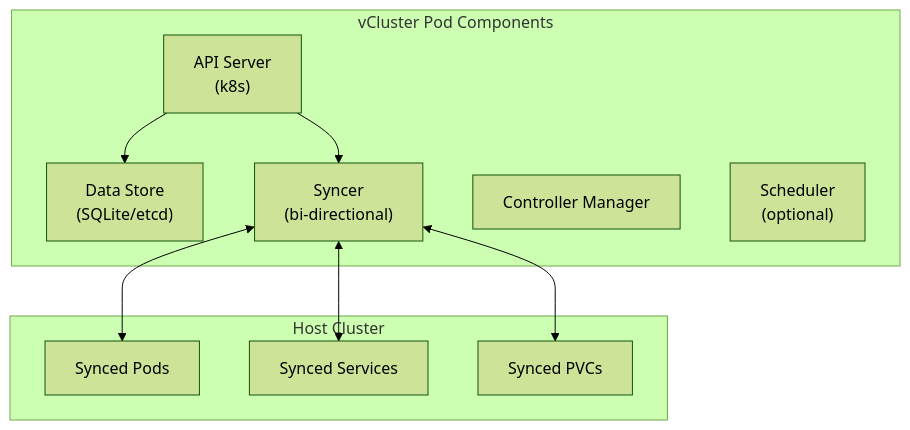
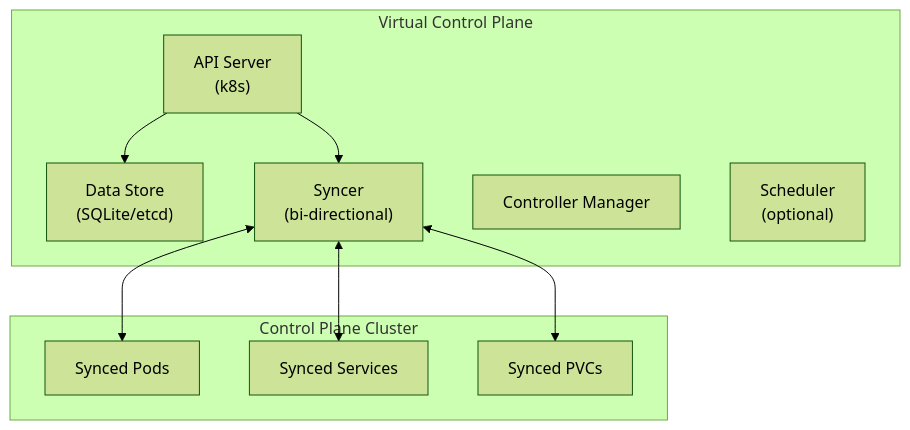
Before and after one commit to Piotr1215/youtube: the diagram in _partials/vcluster-architecture.md, drawn with Mermaid (forest theme). The commit also changed other lines of this file and 17 other files, not shown here.

````diff
--- a/_partials/vcluster-architecture.md
+++ b/_partials/vcluster-architecture.md
@@ -5,22 +5,22 @@
 ```mermaid +render
 graph TB
-    subgraph "vCluster Pod Components"
+    subgraph "Virtual Control Plane"
         API["API Server<br/>(k8s)"]
         ETCD["Data Store<br/>(SQLite/etcd)"]
         SYNC["Syncer<br/>(bi-directional)"]
         CTRL["Controller Manager"]
         SCHED["Scheduler<br/>(optional)"]
     end
 
-    subgraph "Host Cluster"
+    subgraph "Control Plane Cluster"
         PODS["Synced Pods"]
         SVCS["Synced Services"]
         PVC["Synced PVCs"]
     end
 
     API --> ETCD
     API --> SYNC
     SYNC <--> PODS
     SYNC <--> SVCS
     SYNC <--> PVC
 ```
````
